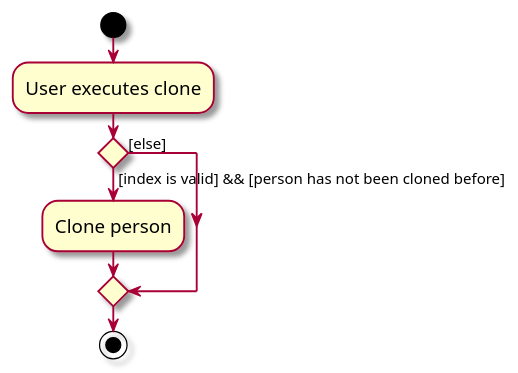
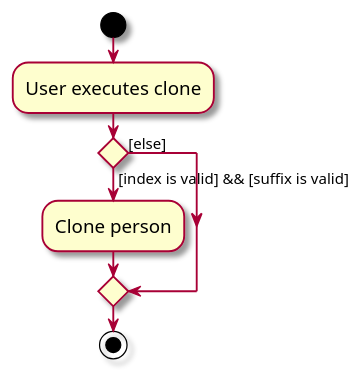
The diagram in docs/diagrams/CloneActivityDiagram.puml (syamfarh/tp), drawn with PlantUML before and after one commit. The commit also changed 2 other files, not shown here.

```diff
--- a/docs/diagrams/CloneActivityDiagram.puml
+++ b/docs/diagrams/CloneActivityDiagram.puml
@@ -1,16 +1,16 @@
 @startuml
 skin rose
 skinparam ActivityFontSize 15
 skinparam ArrowFontSize 12
 start
 :User executes clone;
 
 'Since the beta syntax does not support placing the condition outside the
 'diamond we place it as the true branch instead.
 
-if () then ([index is valid] && [person has not been cloned before])
+if () then ([index is valid] && [suffix is valid])
     :Clone person;
 else ([else])
 endif
 stop
 @enduml
```
